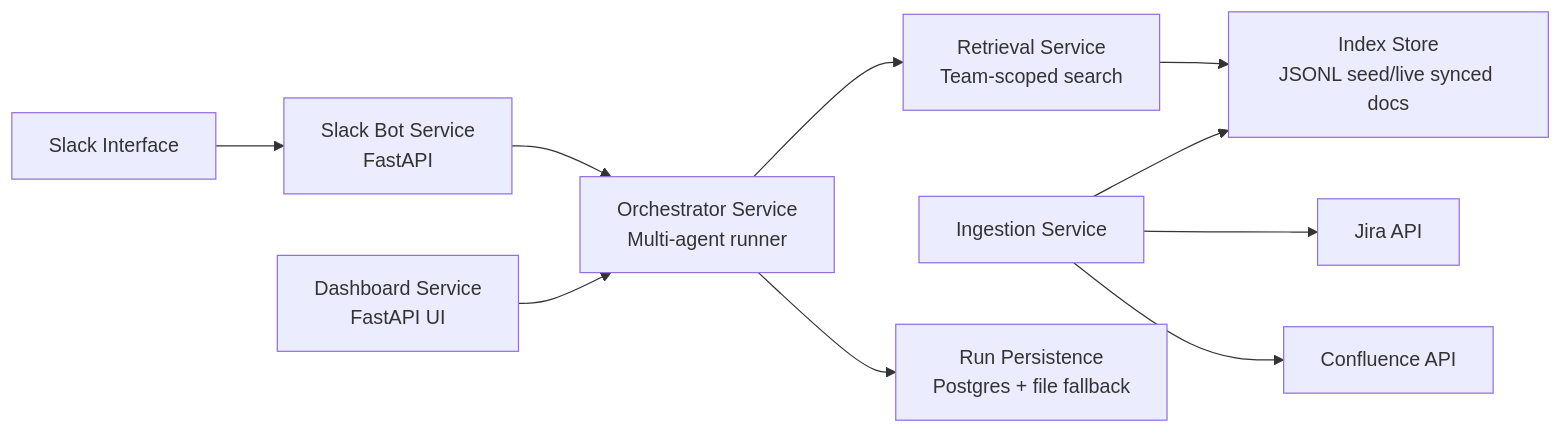
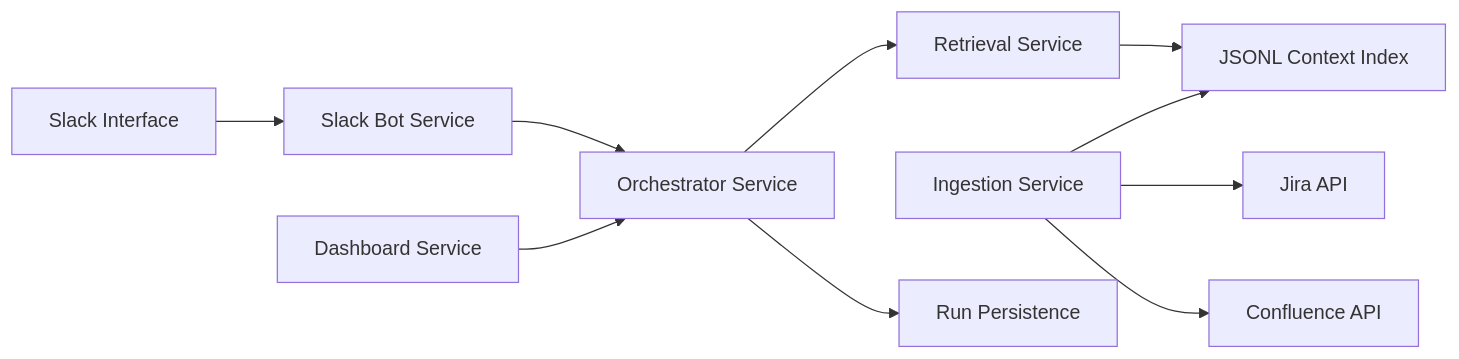
One commit to dhruvtoprani/preflight-AI changed the second of 2 diagrams in README.md. Above: the diagram before and after it, drawn with Mermaid. The commit also changed other lines of this file, not shown here.

Commit message:
Reposition README for AI PM job search

````diff
--- a/README.md
+++ b/README.md
@@ -92,12 +160,12 @@
 ```mermaid
 flowchart LR
-  A[Slack Interface] --> B[Slack Bot Service\nFastAPI]
-  B --> C[Orchestrator Service\nMulti-agent runner]
-  C --> D[Retrieval Service\nTeam-scoped search]
-  D --> E[Index Store\nJSONL seed/live synced docs]
+  A[Slack Interface] --> B[Slack Bot Service]
+  B --> C[Orchestrator Service]
+  C --> D[Retrieval Service]
+  D --> E[JSONL Context Index]
   F[Ingestion Service] --> E
   F --> G[Jira API]
   F --> H[Confluence API]
-  C --> I[Run Persistence\nPostgres + file fallback]
-  J[Dashboard Service\nFastAPI UI] --> C
+  C --> I[Run Persistence]
+  J[Dashboard Service] --> C
 ```
````
